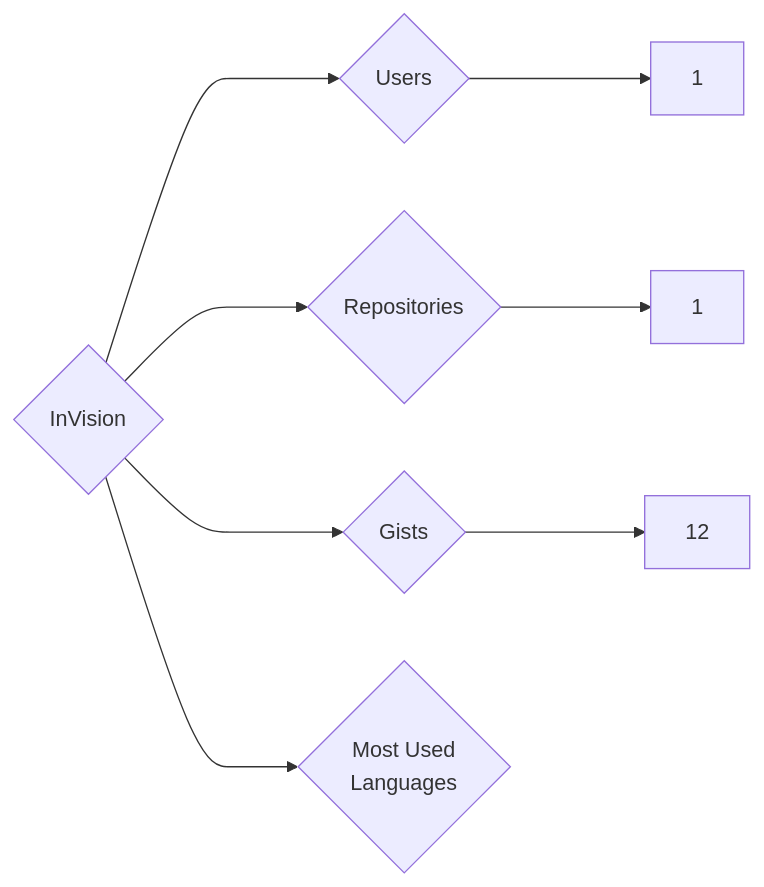
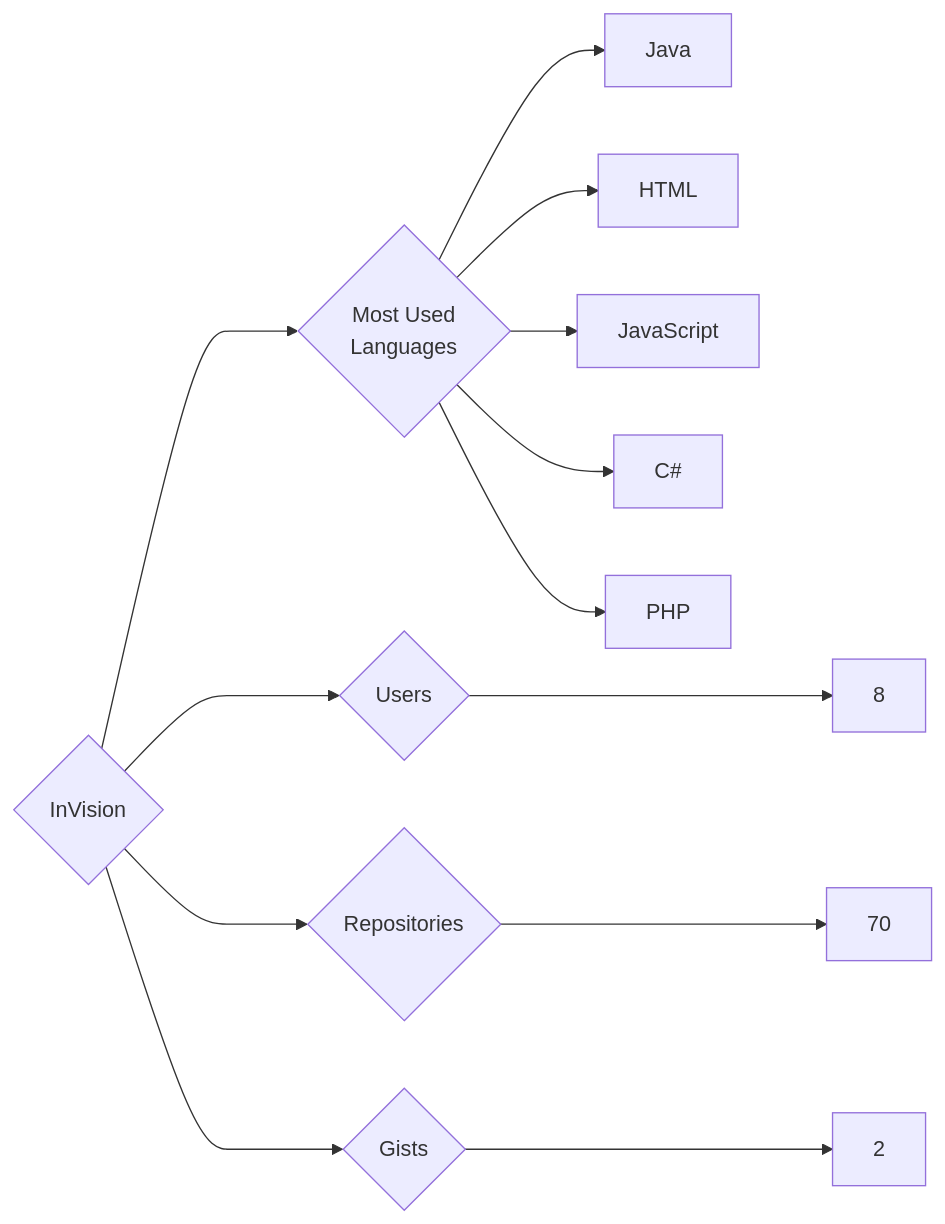
One commit to trickest/insiders changed the diagram in targets/InVision/README.md. Above: the diagram before and after it, drawn with Mermaid. The commit also changed 1149 other files, not shown here.

````diff
--- a/targets/InVision/README.md
+++ b/targets/InVision/README.md
@@ -3,8 +3,13 @@
 ```mermaid
 graph LR
 COMPANY_NAME{InVision}
-COMPANY_NAME ---> U{Users} ---> UN[1]
-COMPANY_NAME ---> R{Repositories} ---> RN[1]
-COMPANY_NAME ---> G{Gists} ---> GN[12]
+COMPANY_NAME ---> U{Users} ---> UN[8]
+COMPANY_NAME ---> R{Repositories} ---> RN[70]
+COMPANY_NAME ---> G{Gists} ---> GN[2]
 COMPANY_NAME ---> ML{Most Used<br>Languages}
+ML --> Java[Java]
+ML --> HTML[HTML]
+ML --> JavaScript[JavaScript]
+ML --> C#[C#]
+ML --> PHP[PHP]
 ```
````
